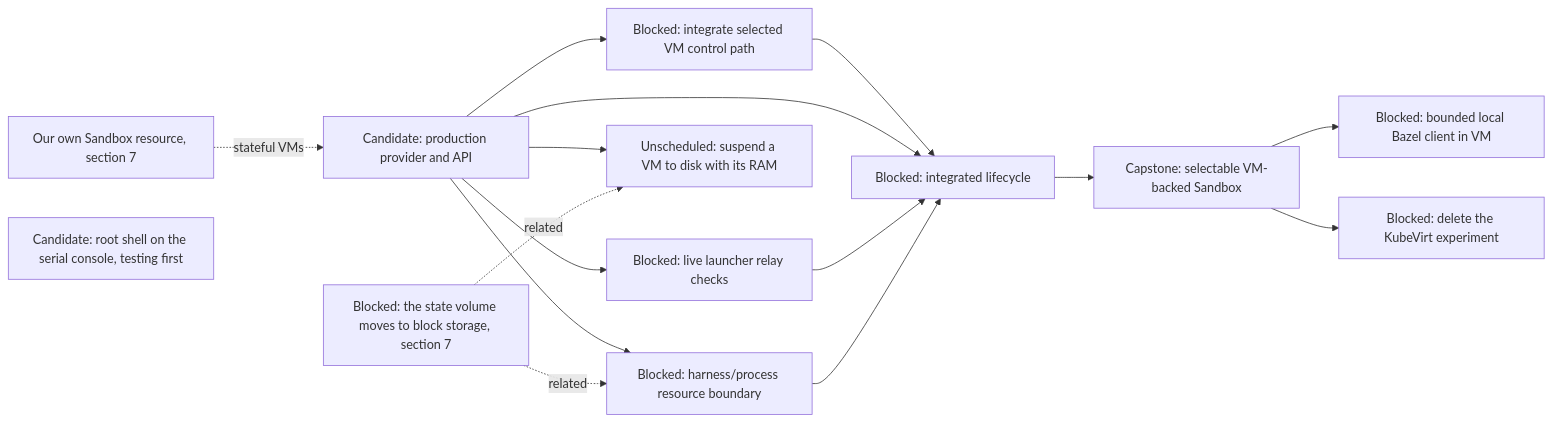
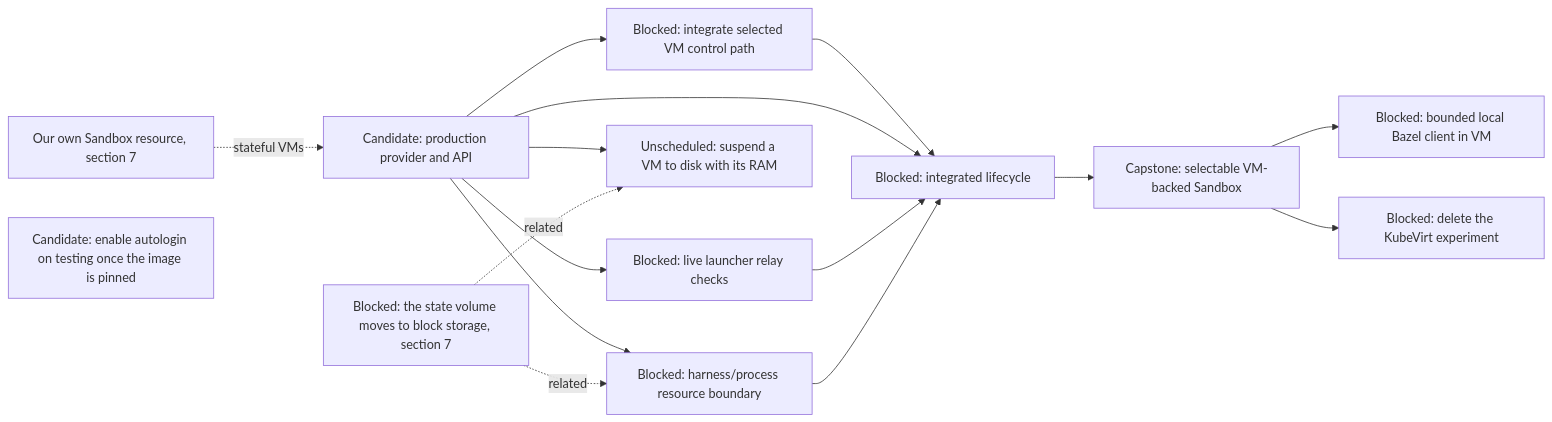
Before and after one commit to agentydragon-agent/ducktape: the sixth of 15 diagrams in agentplane/plans/task_dag.md, drawn with Mermaid. The commit also changed other lines of this file and 6 other files, not shown here.

````diff
--- a/agentplane/plans/task_dag.md
+++ b/agentplane/plans/task_dag.md
@@ -352,25 +352,25 @@
 ```mermaid
 flowchart LR
     VM_CONTROL_NETWORKING[Blocked: integrate selected VM control path]
     VM_PROVIDER[Candidate: production provider and API]
     AGENTPLANE_SANDBOX_RESOURCE[Our own Sandbox resource, section 7]
     VM_EGRESS[Blocked: live launcher relay checks]
-    VM_CONSOLE_AUTOLOGIN[Candidate: root shell on the serial console, testing first]
+    VM_CONSOLE_AUTOLOGIN[Candidate: enable autologin on testing once the image is pinned]
     VM_RAM_SUSPEND[Unscheduled: suspend a VM to disk with its RAM]
     VM_PROCESS_ISOLATION[Blocked: harness/process resource boundary]
     VM_LIFECYCLE[Blocked: integrated lifecycle]
     VM_PROVIDER --> VM_CONTROL_NETWORKING
     AGENTPLANE_SANDBOX_RESOURCE -. stateful VMs .-> VM_PROVIDER
     VM_CONTROL_NETWORKING --> VM_LIFECYCLE
     VM_PROVIDER --> VM_PROCESS_ISOLATION
     VM_PROVIDER --> VM_LIFECYCLE
     VM_PROVIDER --> VM_EGRESS
     VM_PROVIDER --> VM_RAM_SUSPEND
     STATE_VOLUME_BLOCK[Blocked: the state volume moves to block storage, section 7] -. related .-> VM_PROCESS_ISOLATION
     STATE_VOLUME_BLOCK -. related .-> VM_RAM_SUSPEND
     VM_EGRESS --> VM_LIFECYCLE
     VM_PROCESS_ISOLATION --> VM_LIFECYCLE
     VM_LIFECYCLE --> SANDBOX_VM_ISOLATION[Capstone: selectable VM-backed Sandbox]
     SANDBOX_VM_ISOLATION --> LOCAL_BAZEL[Blocked: bounded local Bazel client in VM]
     SANDBOX_VM_ISOLATION --> KUBEVIRT_EXPERIMENT_RETIRE[Blocked: delete the KubeVirt experiment]
 ```
````
